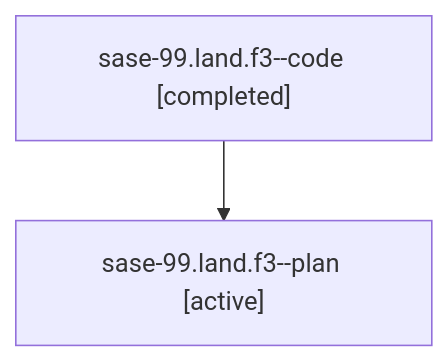
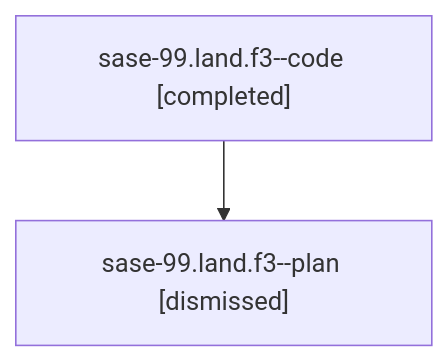
The diagram in sessions/bbugyi200.athena.sase-99.land.f3.md (sase-org/sase--agents), drawn with Mermaid before and after one commit. The commit also changed other lines of this file and 102 other files, not shown here.

````diff
--- a/sessions/bbugyi200.athena.sase-99.land.f3.md
+++ b/sessions/bbugyi200.athena.sase-99.land.f3.md
@@ -9,6 +9,6 @@
 ```mermaid
 flowchart TD
   n0["sase-99.land.f3--code [completed]"]
-  n1["sase-99.land.f3--plan [active]"]
+  n1["sase-99.land.f3--plan [dismissed]"]
   n0 --> n1
 ```
````
